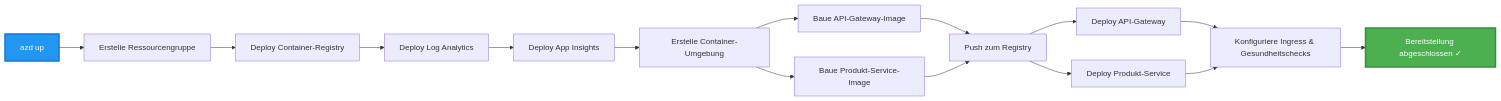
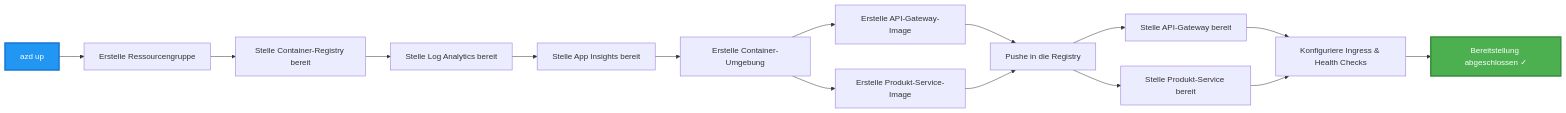
Before and after one commit to microsoft/AZD-for-beginners: the third of 4 diagrams in translations/de/examples/microservices/README.md, drawn with Mermaid. The commit also changed other lines of this file and 242 other files, not shown here.

````diff
--- a/translations/de/examples/microservices/README.md
+++ b/translations/de/examples/microservices/README.md
@@ -242,20 +233,20 @@
 ```mermaid
 graph LR
     A[azd up] --> B[Erstelle Ressourcengruppe]
-    B --> C[Deploy Container-Registry]
-    C --> D[Deploy Log Analytics]
-    D --> E[Deploy App Insights]
+    B --> C[Stelle Container-Registry bereit]
+    C --> D[Stelle Log Analytics bereit]
+    D --> E[Stelle App Insights bereit]
     E --> F[Erstelle Container-Umgebung]
-    F --> G[Baue API-Gateway-Image]
-    F --> H[Baue Produkt-Service-Image]
-    G --> I[Push zum Registry]
+    F --> G[Erstelle API-Gateway-Image]
+    F --> H[Erstelle Produkt-Service-Image]
+    G --> I[Pushe in die Registry]
     H --> I
-    I --> J[Deploy API-Gateway]
-    I --> K[Deploy Produkt-Service]
-    J --> L[Konfiguriere Ingress & Gesundheitschecks]
+    I --> J[Stelle API-Gateway bereit]
+    I --> K[Stelle Produkt-Service bereit]
+    J --> L[Konfiguriere Ingress & Health Checks]
     K --> L
     L --> M[Bereitstellung abgeschlossen ✓]
     
     style A fill:#2196F3,stroke:#1976D2,stroke-width:3px,color:#fff
     style M fill:#4CAF50,stroke:#388E3C,stroke-width:3px,color:#fff
 ```
````
